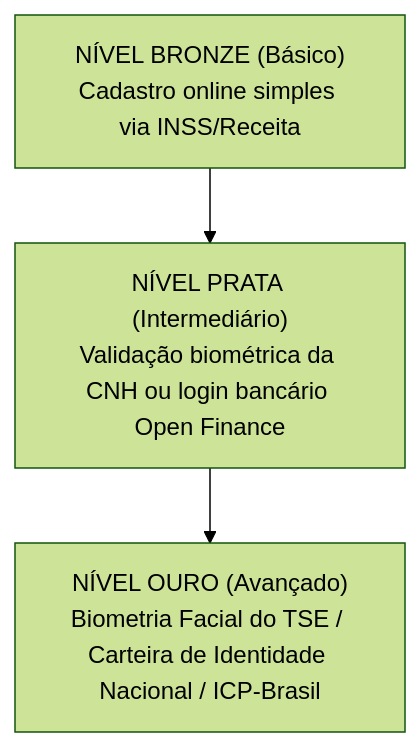
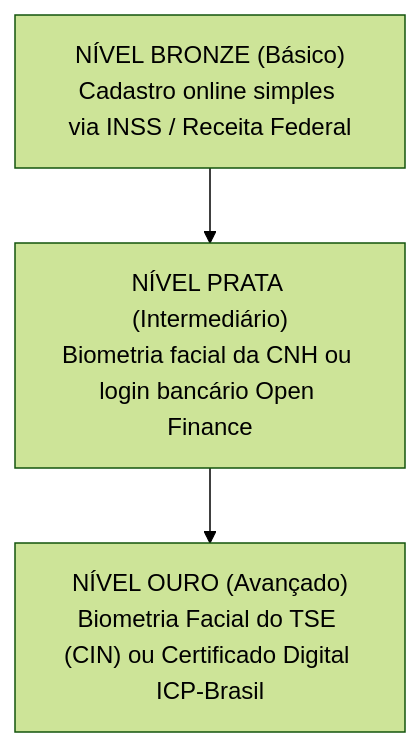
One commit to thiagosantos346/TCE-GO-2027 changed the second of 4 diagrams in fontes_de_estudo/conhecimentos_especificos_b02_ti/12_governanca_de_ti/05_governo_digital_lei_14129_e_engd_2024_2027.md. Above: the diagram before and after it, drawn with Mermaid (forest theme). The commit also changed other lines of this file and 119 other files, not shown here.

````diff
--- a/fontes_de_estudo/conhecimentos_especificos_b02_ti/12_governanca_de_ti/05_governo_digital_lei_14129_e_engd_2024_2027.md
+++ b/fontes_de_estudo/conhecimentos_especificos_b02_ti/12_governanca_de_ti/05_governo_digital_lei_14129_e_engd_2024_2027.md
@@ -119,5 +101,5 @@
 ```mermaid
 flowchart TD
-    B["NÍVEL BRONZE (Básico)<br/>Cadastro online simples via INSS/Receita"] --> P["NÍVEL PRATA (Intermediário)<br/>Validação biométrica da CNH ou login bancário Open Finance"]
-    P --> O["NÍVEL OURO (Avançado)<br/>Biometria Facial do TSE / Carteira de Identidade Nacional / ICP-Brasil"]
+    B["NÍVEL BRONZE (Básico)<br/>Cadastro online simples via INSS / Receita Federal"] --> P["NÍVEL PRATA (Intermediário)<br/>Biometria facial da CNH ou login bancário Open Finance"]
+    P --> O["NÍVEL OURO (Avançado)<br/>Biometria Facial do TSE (CIN) ou Certificado Digital ICP-Brasil"]
 ```
````
